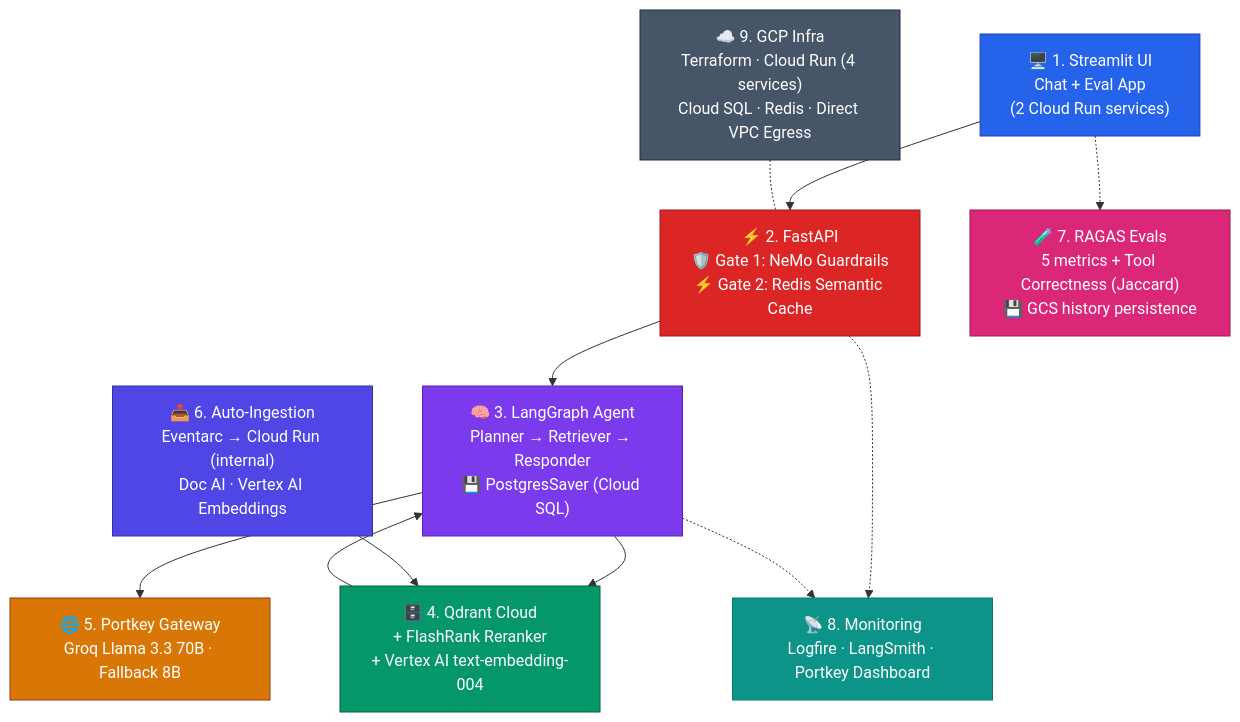
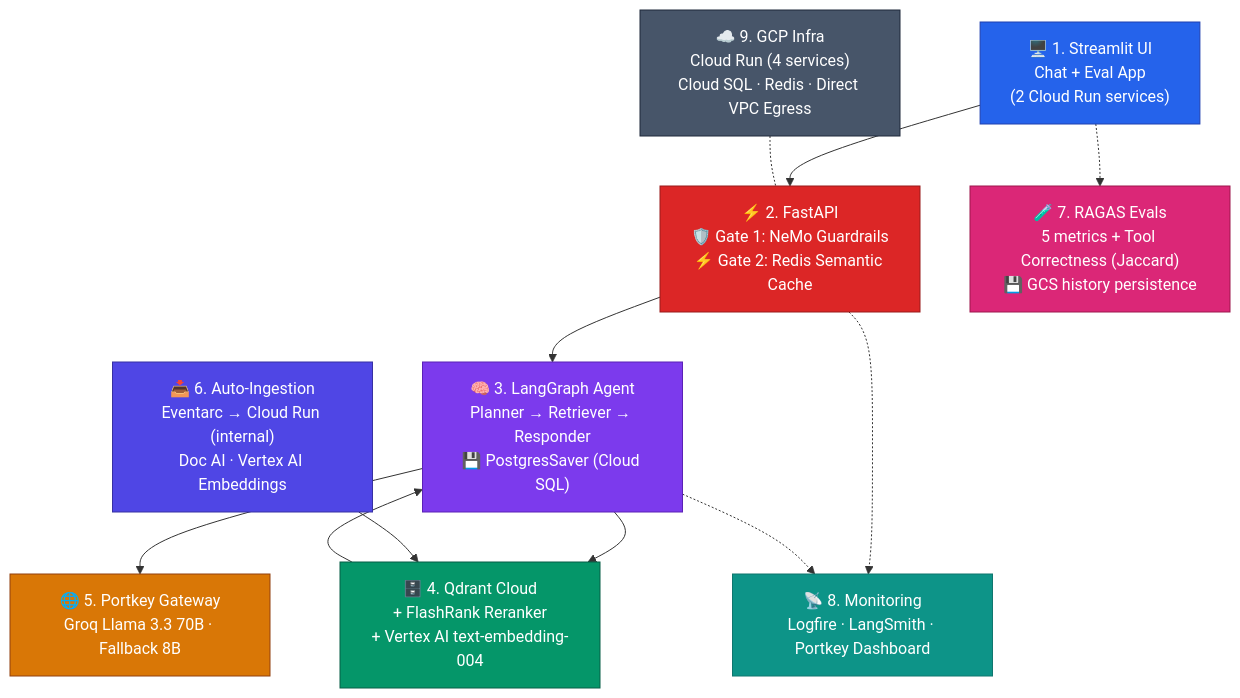
One commit to Akashkar00/enterprise-rag-with-guardrails-gateways-evals changed the third of 3 diagrams in ARCHITECTURE.md. Above: the diagram before and after it, drawn with Mermaid. The commit also changed other lines of this file and 6 other files, not shown here.

````diff
--- a/ARCHITECTURE.md
+++ b/ARCHITECTURE.md
@@ -306,41 +304,41 @@
 ```mermaid
 graph TB
     A["🖥️ 1. Streamlit UI\nChat + Eval App\n(2 Cloud Run services)"]
     B["⚡ 2. FastAPI\n🛡️ Gate 1: NeMo Guardrails\n⚡ Gate 2: Redis Semantic Cache"]
     C["🧠 3. LangGraph Agent\nPlanner → Retriever → Responder\n💾 PostgresSaver (Cloud SQL)"]
     D["🗄️ 4. Qdrant Cloud\n+ FlashRank Reranker\n+ Vertex AI text-embedding-004"]
     E["🌐 5. Portkey Gateway\nGroq Llama 3.3 70B · Fallback 8B"]
     F["📥 6. Auto-Ingestion\nEventarc → Cloud Run (internal)\nDoc AI · Vertex AI Embeddings"]
     G["🧪 7. RAGAS Evals\n5 metrics + Tool Correctness (Jaccard)\n💾 GCS history persistence"]
     H["📡 8. Monitoring\nLogfire · LangSmith · Portkey Dashboard"]
-    I["☁️ 9. GCP Infra\nTerraform · Cloud Run (4 services)\nCloud SQL · Redis · Direct VPC Egress"]
+    I["☁️ 9. GCP Infra\nCloud Run (4 services)\nCloud SQL · Redis · Direct VPC Egress"]
 
     A --> B --> C
     C --> D --> C
     C --> E
     F --> D
     A -.-> G
     B -.-> H
     C -.-> H
     I -.- B
 
     classDef ui      fill:#2563EB,stroke:#1E40AF,color:#fff
     classDef safety  fill:#DC2626,stroke:#991B1B,color:#fff
     classDef agent   fill:#7C3AED,stroke:#5B21B6,color:#fff
     classDef db      fill:#059669,stroke:#065F46,color:#fff
     classDef llm     fill:#D97706,stroke:#92400E,color:#fff
     classDef ingest  fill:#4F46E5,stroke:#3730A3,color:#fff
     classDef evals   fill:#DB2777,stroke:#9D174D,color:#fff
     classDef obs     fill:#0D9488,stroke:#0F766E,color:#fff
     classDef infra   fill:#475569,stroke:#1E293B,color:#fff
 
     class A ui
     class B safety
     class C agent
     class D db
     class E llm
     class F ingest
     class G evals
     class H obs
     class I infra
 ```
````
